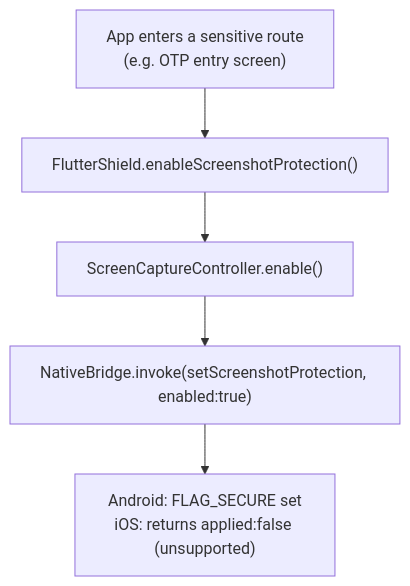
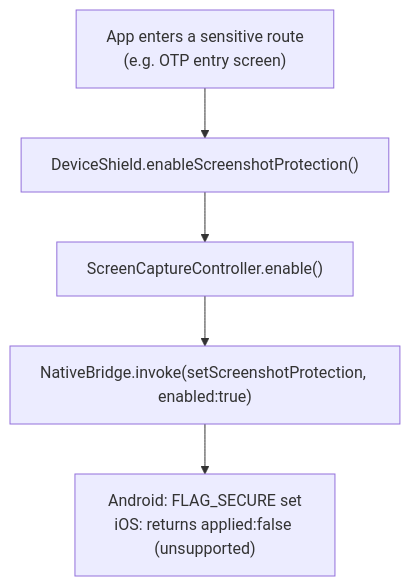
Before and after one commit to Vikaskumar75/device-shield: the fifth of 6 diagrams in app/doc/features/SCREENSHOT_SCREEN_RECORDING_PROTECTION.md, drawn with Mermaid. The commit also changed other lines of this file and 225 other files, not shown here.

First line of the commit message:
Add documentation for device_shield including FAQ, troubleshooting, installation, and platform setup

````diff
--- a/app/doc/features/SCREENSHOT_SCREEN_RECORDING_PROTECTION.md
+++ b/app/doc/features/SCREENSHOT_SCREEN_RECORDING_PROTECTION.md
@@ -379,9 +379,9 @@
 ```mermaid
 flowchart TD
     APP["App enters a sensitive route\n(e.g. OTP entry screen)"]
-    CALL["FlutterShield.enableScreenshotProtection()"]
+    CALL["DeviceShield.enableScreenshotProtection()"]
     SCC["ScreenCaptureController.enable()"]
     NB["NativeBridge.invoke(setScreenshotProtection, enabled:true)"]
     NATIVE["Android: FLAG_SECURE set\niOS: returns applied:false (unsupported)"]
     APP --> CALL --> SCC --> NB --> NATIVE
 ```
````
